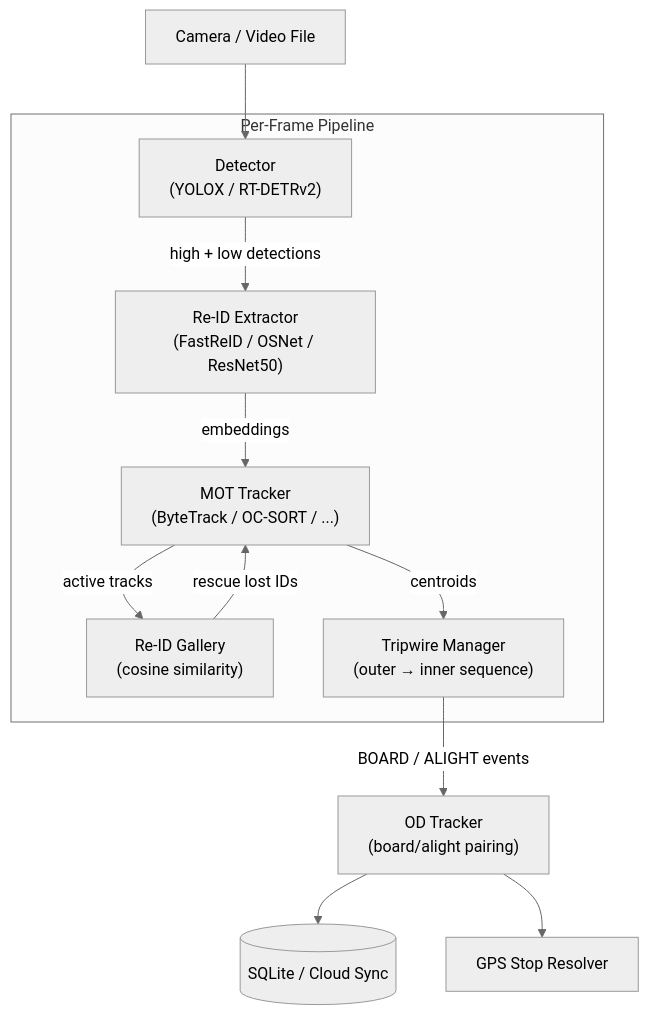
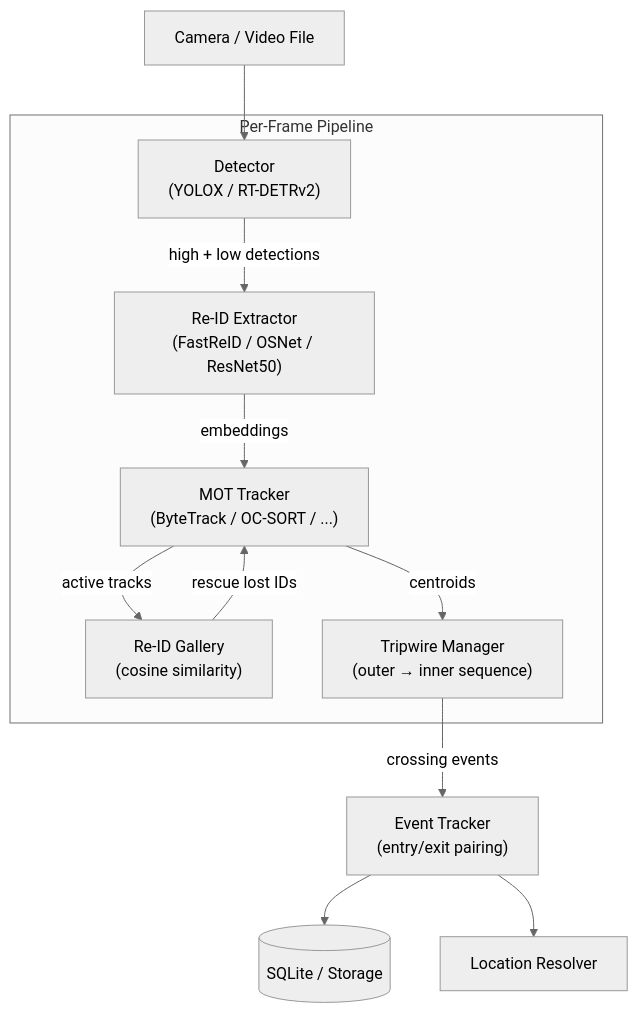
The diagram in README.md (ryosuke-404/mot-tracker-bench), drawn with Mermaid (neutral theme) before and after one commit. The commit also changed other lines of this file, not shown here.

````diff
--- a/README.md
+++ b/README.md
@@ -47,16 +47,16 @@
 ```mermaid
 flowchart TD
     CAM[Camera / Video File] --> DET
 
     subgraph Per-Frame Pipeline
         DET["Detector\n(YOLOX / RT-DETRv2)"] -->|high + low detections| REID_EXT["Re-ID Extractor\n(FastReID / OSNet / ResNet50)"]
         REID_EXT -->|embeddings| BT["MOT Tracker\n(ByteTrack / OC-SORT / ...)"]
         BT -->|active tracks| GALLERY["Re-ID Gallery\n(cosine similarity)"]
         GALLERY -->|rescue lost IDs| BT
         BT -->|centroids| TW["Tripwire Manager\n(outer → inner sequence)"]
     end
 
-    TW -->|BOARD / ALIGHT events| OD["OD Tracker\n(board/alight pairing)"]
-    OD --> DB[(SQLite / Cloud Sync)]
-    OD --> GPS[GPS Stop Resolver]
+    TW -->|crossing events| OD["Event Tracker\n(entry/exit pairing)"]
+    OD --> DB[(SQLite / Storage)]
+    OD --> GPS[Location Resolver]
 ```
````
